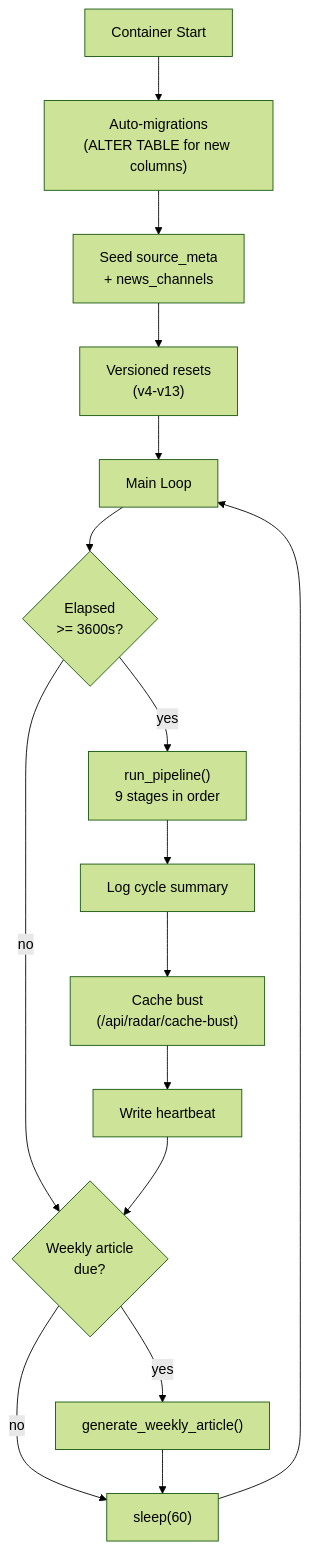
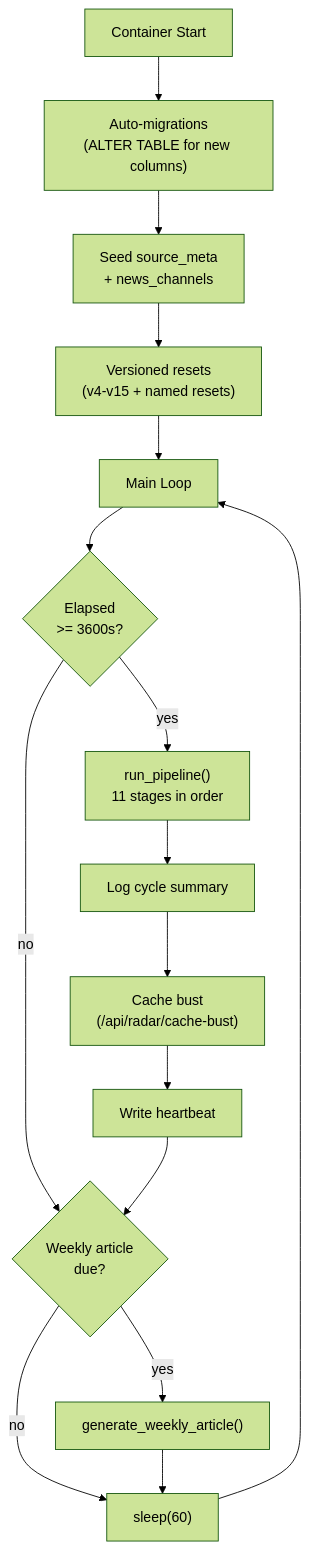
Before and after one commit to ancientnerds/AncientMap: the sixth of 6 diagrams in docs/lyra-pipeline.md, drawn with Mermaid (forest theme). The commit also changed other lines of this file and 3 other files, not shown here.

````diff
--- a/docs/lyra-pipeline.md
+++ b/docs/lyra-pipeline.md
@@ -387,21 +397,21 @@
 ```mermaid
 flowchart TD
     BOOT["Container Start"] --> MIG["Auto-migrations\n(ALTER TABLE for new columns)"]
     MIG --> SEED["Seed source_meta\n+ news_channels"]
-    SEED --> RESET["Versioned resets\n(v4-v13)"]
+    SEED --> RESET["Versioned resets\n(v4-v15 + named resets)"]
     RESET --> LOOP["Main Loop"]
 
     LOOP --> CHECK{"Elapsed\n>= 3600s?"}
-    CHECK -->|yes| RUN["run_pipeline()\n9 stages in order"]
+    CHECK -->|yes| RUN["run_pipeline()\n11 stages in order"]
     CHECK -->|no| ART{"Weekly article\ndue?"}
 
     RUN --> SUMMARY["Log cycle summary"]
     SUMMARY --> BUST["Cache bust\n(/api/radar/cache-bust)"]
     BUST --> HEART["Write heartbeat"]
     HEART --> ART
 
     ART -->|yes| GEN["generate_weekly_article()"]
     ART -->|no| SLEEP["sleep(60)"]
     GEN --> SLEEP
     SLEEP --> LOOP
 ```
````
